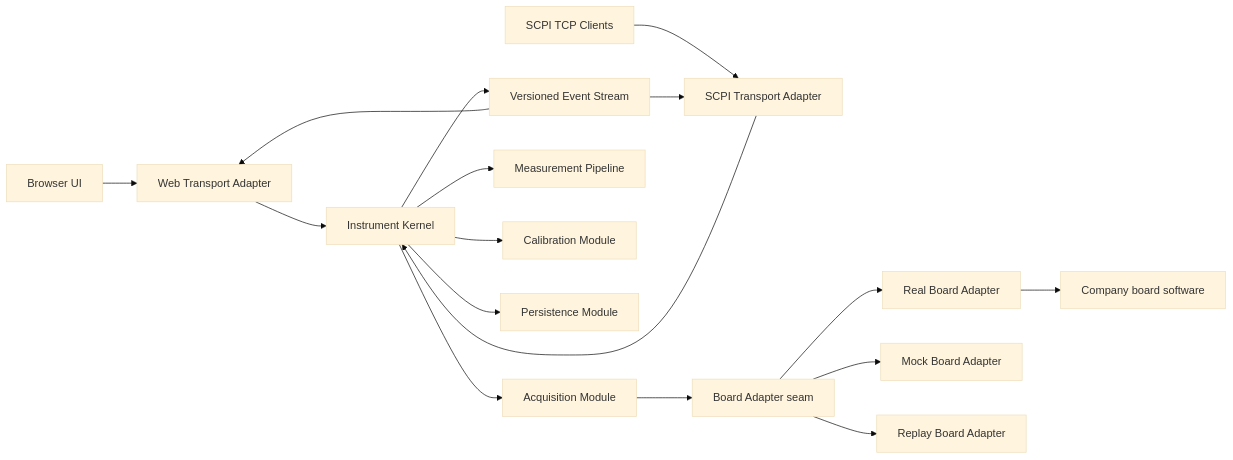
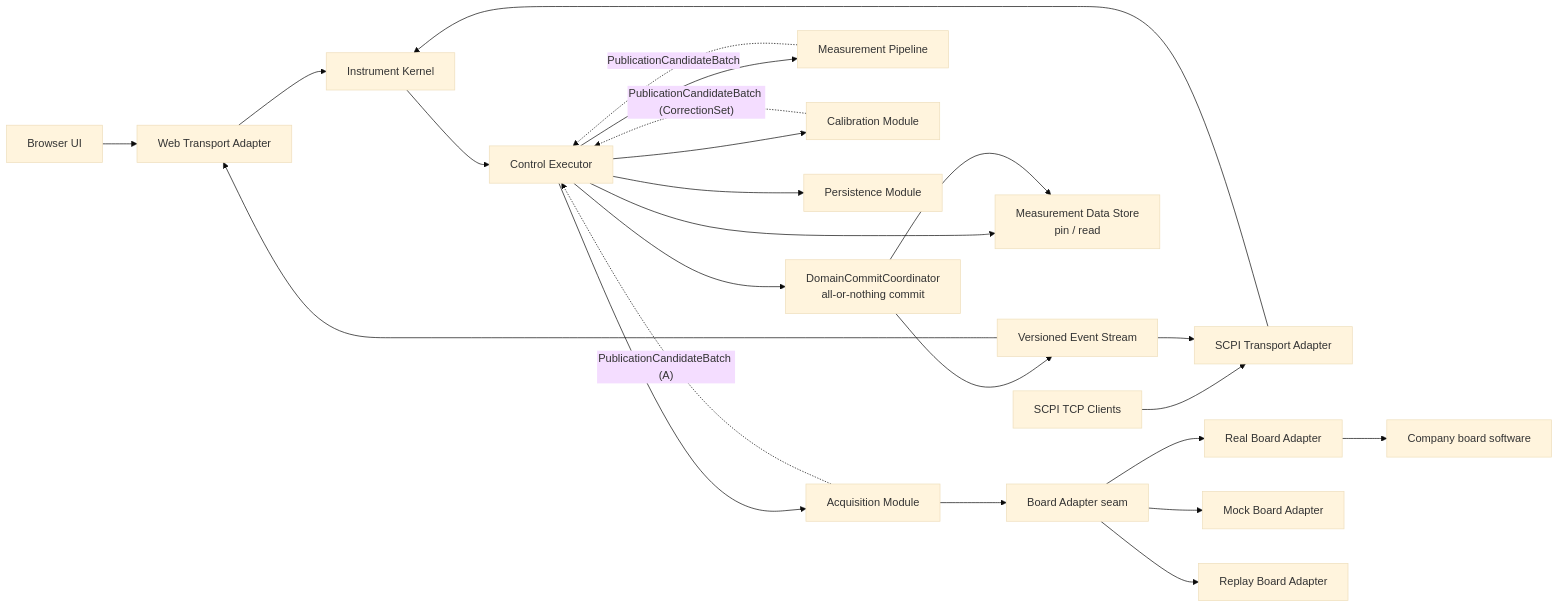
The first of 5 diagrams in docs/design/system-architecture.md (aniping/VNA), drawn with Mermaid (base theme) before and after one commit. The commit also changed other lines of this file and 14 other files, not shown here.

````diff
--- a/docs/design/system-architecture.md
+++ b/docs/design/system-architecture.md
@@ -69,19 +69,26 @@
 ```mermaid
 flowchart LR
     Browser["Browser UI"] --> Web["Web Transport Adapter"]
     ScpiClient["SCPI TCP Clients"] --> SCPI["SCPI Transport Adapter"]
     Web --> Kernel["Instrument Kernel"]
     SCPI --> Kernel
-    Kernel --> Acquisition["Acquisition Module"]
-    Kernel --> Pipeline["Measurement Pipeline"]
-    Kernel --> Calibration["Calibration Module"]
-    Kernel --> Persistence["Persistence Module"]
+    Kernel --> Control["Control Executor"]
+    Control --> Acquisition["Acquisition Module"]
+    Control --> Pipeline["Measurement Pipeline"]
+    Control --> Calibration["Calibration Module"]
+    Control --> Persistence["Persistence Module"]
+    Acquisition -. "PublicationCandidateBatch (A)" .-> Control
+    Pipeline -. "PublicationCandidateBatch" .-> Control
+    Calibration -. "PublicationCandidateBatch (CorrectionSet)" .-> Control
+    Control --> DataStore["Measurement Data Store<br/>pin / read"]
+    Control --> Commit["DomainCommitCoordinator<br/>all-or-nothing commit"]
+    Commit --> DataStore
     Acquisition --> BoardPort["Board Adapter seam"]
     BoardPort --> Real["Real Board Adapter"]
     BoardPort --> Mock["Mock Board Adapter"]
     BoardPort --> Replay["Replay Board Adapter"]
     Real --> Bottom["Company board software"]
-    Kernel --> Events["Versioned Event Stream"]
+    Commit --> Events["Versioned Event Stream"]
     Events --> Web
     Events --> SCPI
 ```
````
